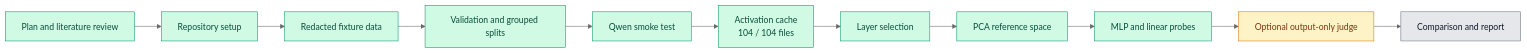
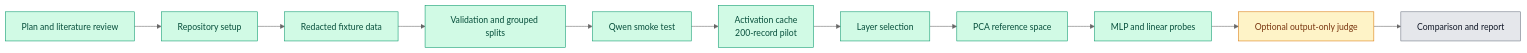
One commit to Shravani018/escalation-probes changed the diagram in README.md. Above: the diagram before and after it, drawn with Mermaid (neutral theme). The commit also changed other lines of this file and 17 other files, not shown here.

````diff
--- a/README.md
+++ b/README.md
@@ -11,19 +11,19 @@
 ```mermaid
 flowchart LR
     A[Plan and literature review] --> B[Repository setup]
     B --> C[Redacted fixture data]
     C --> D[Validation and grouped splits]
     D --> E[Qwen smoke test]
-    E -->     F[Activation cache<br/>104 / 104 files] --> G[Layer selection]
+    E -->     F[Activation cache<br/>200-record pilot] --> G[Layer selection]
     G --> H[PCA reference space]
     H --> I[MLP and linear probes]
     I --> J[Optional output-only judge]
     J --> K[Comparison and report]
 
     classDef done fill:#d1fae5,stroke:#059669,color:#064e3b;
     classDef active fill:#fef3c7,stroke:#d97706,color:#78350f;
     classDef next fill:#e5e7eb,stroke:#6b7280,color:#111827;
     class A,B,C,D,E,F,G,H,I done;
     class J active;
     class K next;
 ```
````
